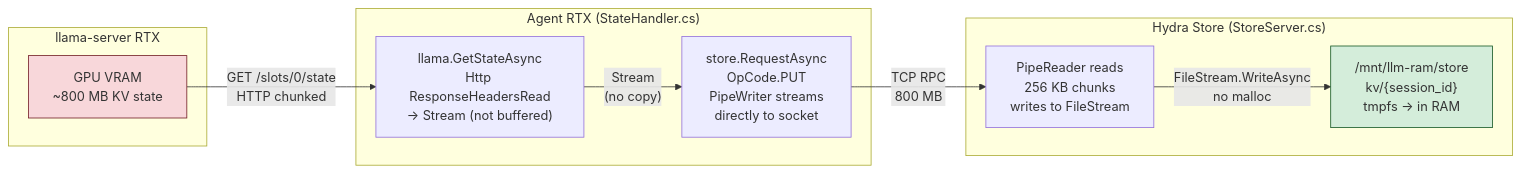
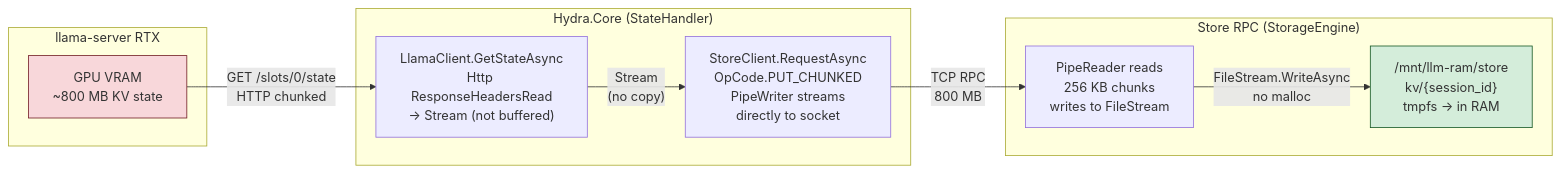
Before and after one commit to ddvnguyen/hydra_vortex: the ninth of 14 diagrams in docs/diagrams.md, drawn with Mermaid. The commit also changed other lines of this file and 30 other files, not shown here.

First line of the commit message:
docs: update all docs to reflect Agent→Core merge (PR #203)

````diff
--- a/docs/diagrams.md
+++ b/docs/diagrams.md
@@ -317,24 +271,24 @@
 ```mermaid
 flowchart LR
     subgraph LlamaRTX["llama-server RTX"]
         VRAM["GPU VRAM\n~800 MB KV state"]
     end
 
-    subgraph AgentRTX["Agent RTX (StateHandler.cs)"]
-        GS["llama.GetStateAsync\nHttp ResponseHeadersRead\n→ Stream (not buffered)"]
-        PUT["store.RequestAsync\nOpCode.PUT\nPipeWriter streams\ndirectly to socket"]
+    subgraph HydraCore["Hydra.Core (StateHandler)"]
+        GS["LlamaClient.GetStateAsync\nHttp ResponseHeadersRead\n→ Stream (not buffered)"]
+        PUT["StoreClient.RequestAsync\nOpCode.PUT_CHUNKED\nPipeWriter streams\ndirectly to socket"]
     end
 
-    subgraph Store["Hydra Store (StoreServer.cs)"]
+    subgraph Store["Store RPC (StorageEngine)"]
         PIPE["PipeReader reads\n256 KB chunks\nwrites to FileStream"]
         TMPFS["/mnt/llm-ram/store\nkv/{session_id}\ntmpfs → in RAM"]
     end
 
     VRAM -->|"GET /slots/0/state\nHTTP chunked"| GS
     GS -->|"Stream\n(no copy)"| PUT
     PUT -->|"TCP RPC\n800 MB"| PIPE
     PIPE -->|"FileStream.WriteAsync\nno malloc"| TMPFS
 
     style VRAM fill:#f8d7da,stroke:#721c24
     style TMPFS fill:#d4edda,stroke:#155724
 ```
````
